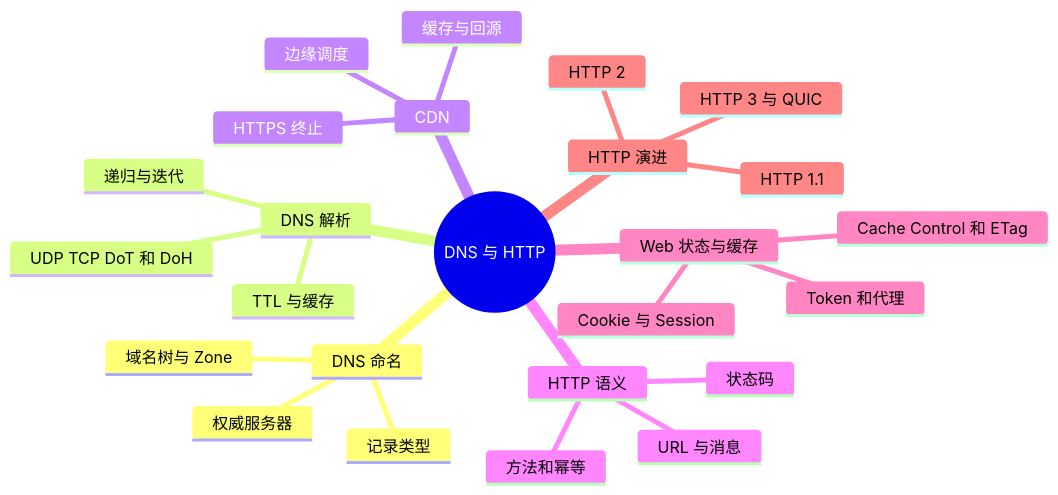
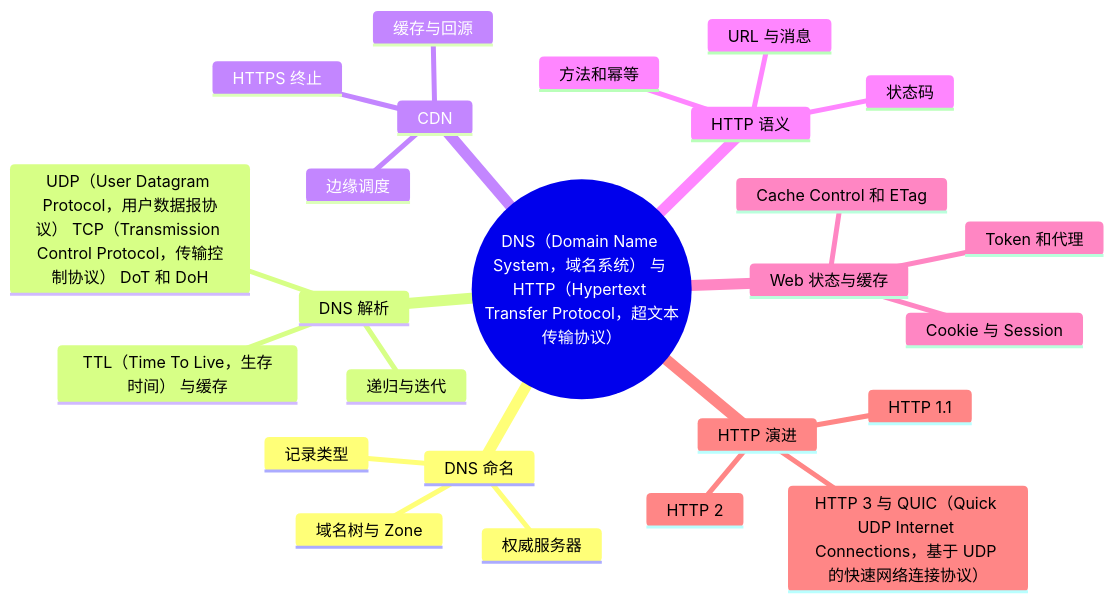
Before and after one commit to ranxi2001/zero2Leetcode: the first of 4 diagrams in 05_interview/fundamentals/cs-core/computer-network/04-dns-http/index.md, drawn with Mermaid. The commit also changed other lines of this file and 38 other files, not shown here.

````diff
--- a/05_interview/fundamentals/cs-core/computer-network/04-dns-http/index.md
+++ b/05_interview/fundamentals/cs-core/computer-network/04-dns-http/index.md
@@ -13,28 +74,28 @@
 ```mermaid
 mindmap
-  root((DNS 与 HTTP))
+  root((DNS（Domain Name System，域名系统） 与 HTTP（Hypertext Transfer Protocol，超文本传输协议）))
     DNS 命名
       域名树与 Zone
       记录类型
       权威服务器
     DNS 解析
       递归与迭代
-      TTL 与缓存
-      UDP TCP DoT 和 DoH
+      TTL（Time To Live，生存时间） 与缓存
+      UDP（User Datagram Protocol，用户数据报协议） TCP（Transmission Control Protocol，传输控制协议） DoT 和 DoH
     CDN
       边缘调度
       缓存与回源
       HTTPS 终止
     HTTP 语义
       URL 与消息
       方法和幂等
       状态码
     Web 状态与缓存
       Cache Control 和 ETag
       Cookie 与 Session
       Token 和代理
     HTTP 演进
       HTTP 1.1
       HTTP 2
-      HTTP 3 与 QUIC
+      HTTP 3 与 QUIC（Quick UDP Internet Connections，基于 UDP 的快速网络连接协议）
 ```
````
